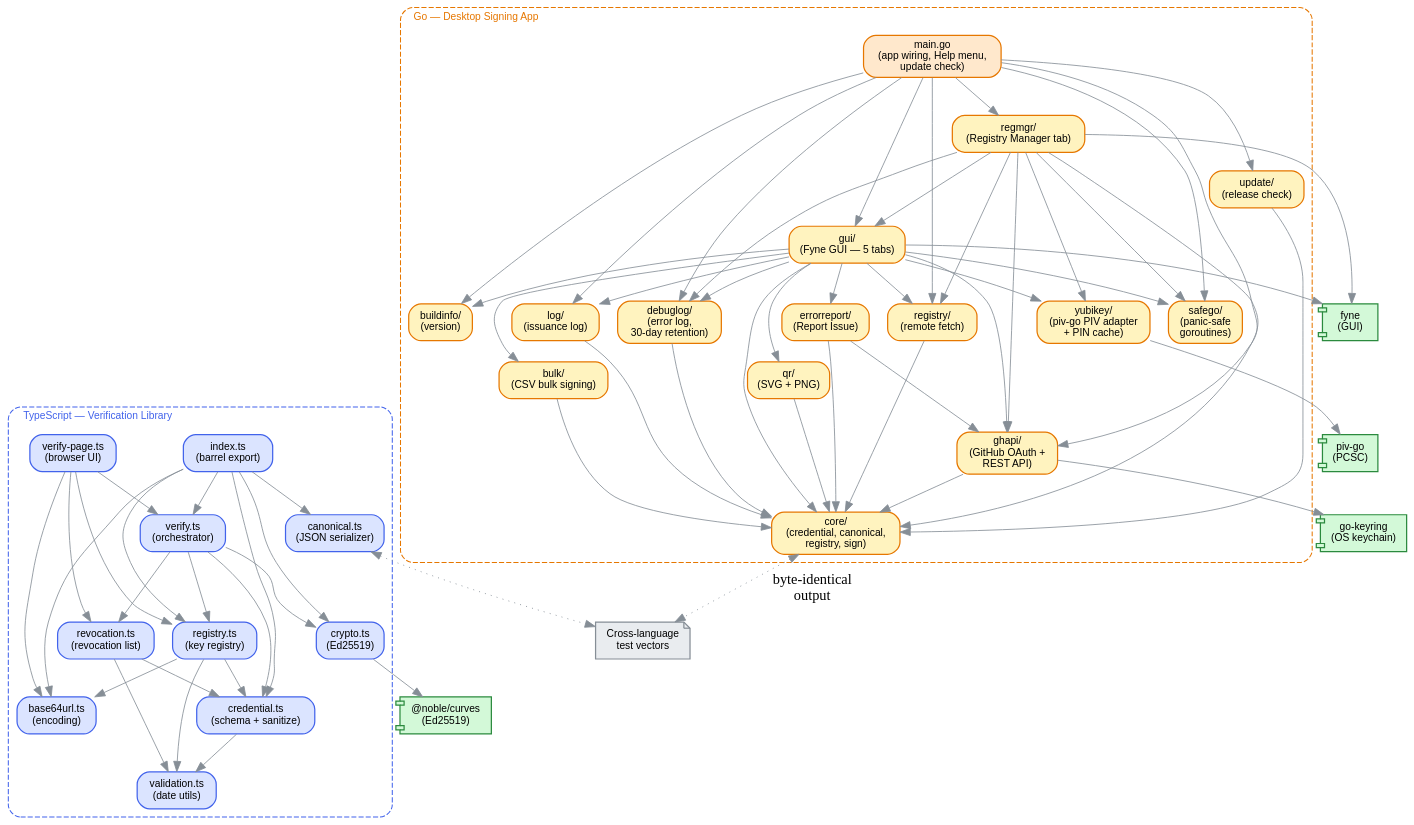
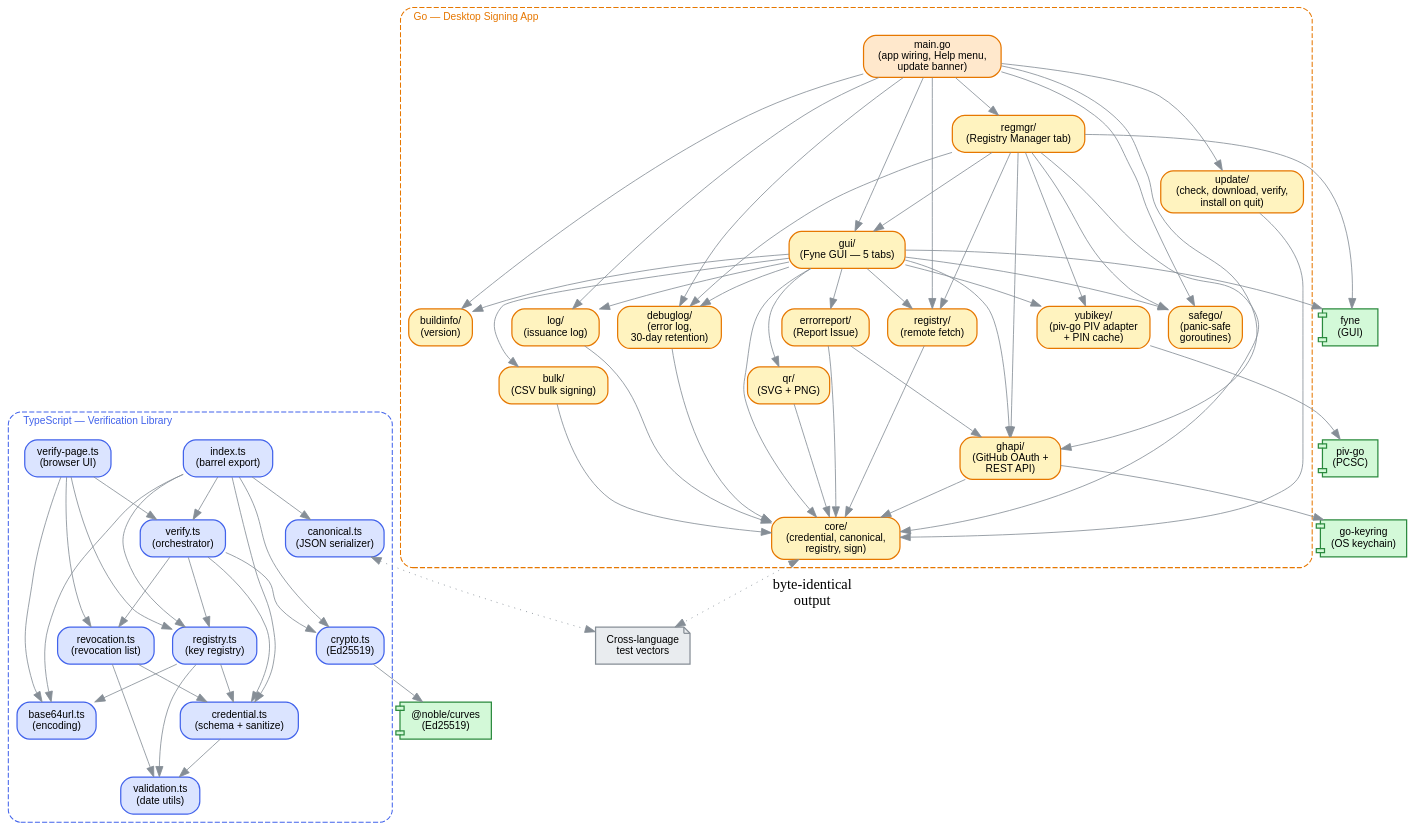
The diagram in docs/module-architecture.dot (RoyalHouseOfGeorgia/rhg_authenticator), drawn with Graphviz before and after one commit. The commit also changed 6 other files, not shown here.

```diff
--- a/docs/module-architecture.dot
+++ b/docs/module-architecture.dot
@@ -1,134 +1,134 @@
 digraph module_architecture {
     rankdir=TB;
     bgcolor="transparent";
     node [fontname="Helvetica", fontsize=10, style="filled,rounded", shape=box, penwidth=1.2];
     edge [color="#868e96", penwidth=0.8];
     compound=true;
 
     // TypeScript verification library
     subgraph cluster_ts {
         label="TypeScript — Verification Library";
         labeljust=l;
         style="dashed,rounded";
         color="#4263eb";
         fontname="Helvetica";
         fontsize=10;
         fontcolor="#4263eb";
 
         index [label="index.ts\n(barrel export)", fillcolor="#dbe4ff", color="#4263eb"];
         verify [label="verify.ts\n(orchestrator)", fillcolor="#dbe4ff", color="#4263eb"];
         verify_page [label="verify-page.ts\n(browser UI)", fillcolor="#dbe4ff", color="#4263eb"];
         credential [label="credential.ts\n(schema + sanitize)", fillcolor="#dbe4ff", color="#4263eb"];
         crypto [label="crypto.ts\n(Ed25519)", fillcolor="#dbe4ff", color="#4263eb"];
         registry [label="registry.ts\n(key registry)", fillcolor="#dbe4ff", color="#4263eb"];
         revocation [label="revocation.ts\n(revocation list)", fillcolor="#dbe4ff", color="#4263eb"];
         validation [label="validation.ts\n(date utils)", fillcolor="#dbe4ff", color="#4263eb"];
         base64url [label="base64url.ts\n(encoding)", fillcolor="#dbe4ff", color="#4263eb"];
         canonical [label="canonical.ts\n(JSON serializer)", fillcolor="#dbe4ff", color="#4263eb"];
     }
 
     // Go signing app
     subgraph cluster_go {
         label="Go — Desktop Signing App";
         labeljust=l;
         style="dashed,rounded";
         color="#e67700";
         fontname="Helvetica";
         fontsize=10;
         fontcolor="#e67700";
 
-        go_main [label="main.go\n(app wiring, Help menu,\nupdate check)", fillcolor="#ffe8cc", color="#e67700"];
+        go_main [label="main.go\n(app wiring, Help menu,\nupdate banner)", fillcolor="#ffe8cc", color="#e67700"];
         go_gui [label="gui/\n(Fyne GUI — 5 tabs)", fillcolor="#fff3bf", color="#e67700"];
         go_bulk [label="bulk/\n(CSV bulk signing)", fillcolor="#fff3bf", color="#e67700"];
         go_core [label="core/\n(credential, canonical,\nregistry, sign)", fillcolor="#fff3bf", color="#e67700"];
         go_regmgr [label="regmgr/\n(Registry Manager tab)", fillcolor="#fff3bf", color="#e67700"];
         go_ghapi [label="ghapi/\n(GitHub OAuth +\nREST API)", fillcolor="#fff3bf", color="#e67700"];
         go_yubikey [label="yubikey/\n(piv-go PIV adapter\n+ PIN cache)", fillcolor="#fff3bf", color="#e67700"];
         go_qr [label="qr/\n(SVG + PNG)", fillcolor="#fff3bf", color="#e67700"];
         go_log [label="log/\n(issuance log)", fillcolor="#fff3bf", color="#e67700"];
         go_registry [label="registry/\n(remote fetch)", fillcolor="#fff3bf", color="#e67700"];
         go_debuglog [label="debuglog/\n(error log,\n30-day retention)", fillcolor="#fff3bf", color="#e67700"];
         go_errorreport [label="errorreport/\n(Report Issue)", fillcolor="#fff3bf", color="#e67700"];
-        go_update [label="update/\n(release check)", fillcolor="#fff3bf", color="#e67700"];
+        go_update [label="update/\n(check, download, verify,\ninstall on quit)", fillcolor="#fff3bf", color="#e67700"];
         go_buildinfo [label="buildinfo/\n(version)", fillcolor="#fff3bf", color="#e67700"];
         go_safego [label="safego/\n(panic-safe\ngoroutines)", fillcolor="#fff3bf", color="#e67700"];
     }
 
     // External deps
     noble [label="@noble/curves\n(Ed25519)", shape=component, fillcolor="#d3f9d8", color="#2b8a3e"];
     pivgo [label="piv-go\n(PCSC)", shape=component, fillcolor="#d3f9d8", color="#2b8a3e"];
     fyne [label="fyne\n(GUI)", shape=component, fillcolor="#d3f9d8", color="#2b8a3e"];
     keyring [label="go-keyring\n(OS keychain)", shape=component, fillcolor="#d3f9d8", color="#2b8a3e"];
 
     // Cross-language link
     vectors [label="Cross-language\ntest vectors", shape=note, fillcolor="#e9ecef", color="#868e96"];
 
     // TypeScript core deps
     index -> verify;
     index -> registry;
     index -> credential;
     index -> crypto;
     index -> base64url;
     index -> canonical;
     verify -> credential;
     verify -> crypto;
     verify -> registry;
     verify -> revocation;
     verify_page -> verify;
     verify_page -> base64url;
     verify_page -> registry;
     verify_page -> revocation;
     credential -> validation;
     registry -> base64url;
     registry -> credential;
     registry -> validation;
     revocation -> credential;
     revocation -> validation;
     crypto -> noble;
 
     // Go internal deps (from `go list`; core is imported by nearly every package)
     go_main -> go_gui;
     go_main -> go_regmgr;
     go_main -> go_update;
     go_main -> go_buildinfo;
     go_main -> go_debuglog;
     go_main -> go_safego;
     go_main -> go_ghapi;
     go_main -> go_log;
     go_main -> go_registry;
     go_gui -> go_core;
     go_gui -> go_bulk;
     go_gui -> go_yubikey;
     go_gui -> go_qr;
     go_gui -> go_log;
     go_gui -> go_registry;
     go_gui -> go_ghapi;
     go_gui -> go_debuglog;
     go_gui -> go_errorreport;
     go_gui -> go_buildinfo;
     go_gui -> go_safego;
     go_qr -> go_core;
     go_bulk -> go_core;
     go_log -> go_core;
     go_registry -> go_core;
     go_ghapi -> go_core;
     go_debuglog -> go_core;
     go_update -> go_core;
     go_errorreport -> go_core;
     go_errorreport -> go_ghapi;
     go_regmgr -> go_gui;
     go_regmgr -> go_core;
     go_regmgr -> go_ghapi;
     go_regmgr -> go_yubikey;
     go_regmgr -> go_registry;
     go_regmgr -> go_debuglog;
     go_regmgr -> go_safego;
     go_yubikey -> pivgo;
     go_gui -> fyne;
     go_regmgr -> fyne;
     go_ghapi -> keyring;
 
     // Cross-language
     go_core -> vectors [style=dotted, dir=both, label="byte-identical\noutput"];
     canonical -> vectors [style=dotted, dir=both];
 }
```
